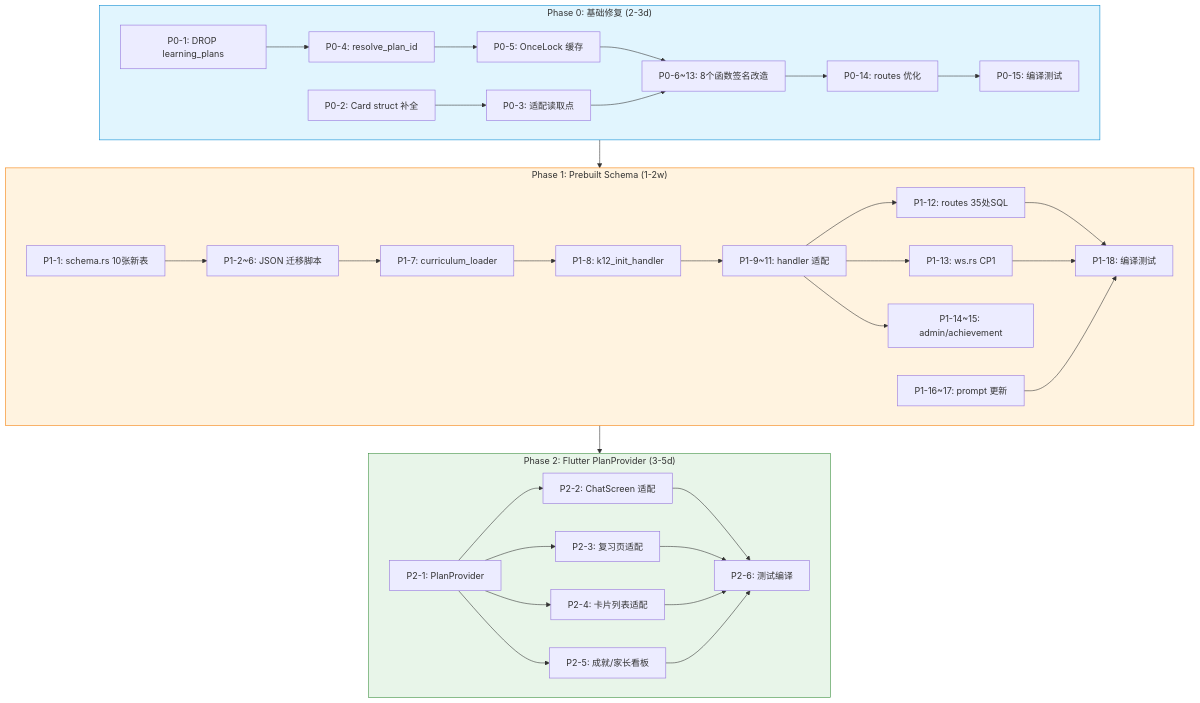
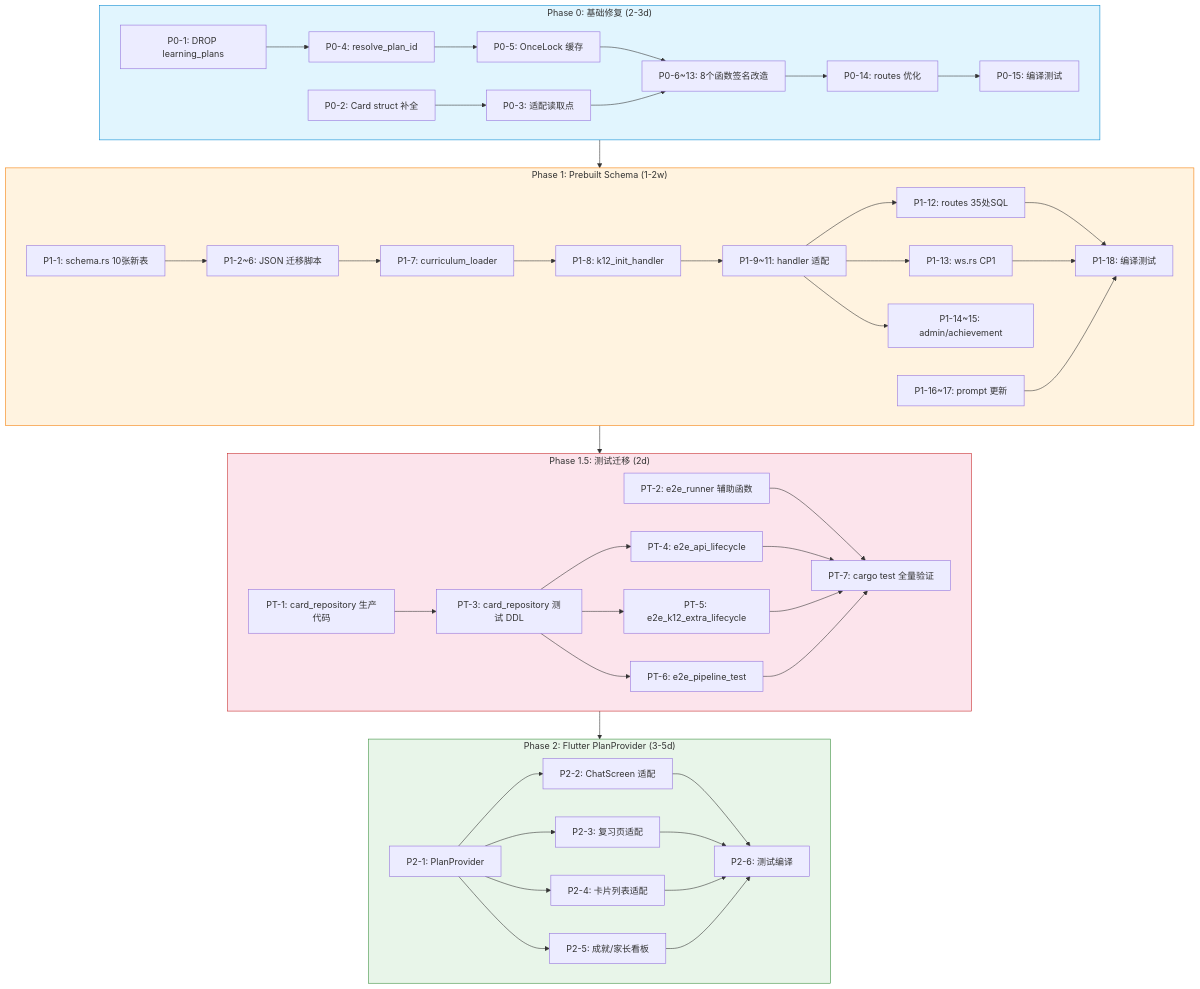
The diagram in deliverables/software-company/plan-system/plan-system-design.md (Big-Pi100/CoEvo), drawn with Mermaid before and after one commit. The commit also changed other lines of this file and 27 other files, not shown here.

````diff
--- a/deliverables/software-company/plan-system/plan-system-design.md
+++ b/deliverables/software-company/plan-system/plan-system-design.md
@@ -204,61 +223,78 @@
 ```mermaid
 flowchart TD
     subgraph Phase0["Phase 0: 基础修复 (2-3d)"]
         P0_1["P0-1: DROP learning_plans"]
         P0_2["P0-2: Card struct 补全"]
         P0_3["P0-3: 适配读取点"]
         P0_4["P0-4: resolve_plan_id"]
         P0_5["P0-5: OnceLock 缓存"]
         P0_6["P0-6~13: 8个函数签名改造"]
         P0_14["P0-14: routes 优化"]
         P0_15["P0-15: 编译测试"]
         
         P0_1 --> P0_4
         P0_2 --> P0_3
         P0_4 --> P0_5 --> P0_6
         P0_3 --> P0_6
         P0_6 --> P0_14 --> P0_15
     end
     
     subgraph Phase1["Phase 1: Prebuilt Schema (1-2w)"]
         P1_1["P1-1: schema.rs 10张新表"]
         P1_2["P1-2~6: JSON 迁移脚本"]
         P1_7["P1-7: curriculum_loader"]
         P1_8["P1-8: k12_init_handler"]
         P1_9["P1-9~11: handler 适配"]
         P1_12["P1-12: routes 35处SQL"]
         P1_13["P1-13: ws.rs CP1"]
         P1_14["P1-14~15: admin/achievement"]
         P1_16["P1-16~17: prompt 更新"]
         P1_18["P1-18: 编译测试"]
         
         P1_1 --> P1_2
         P1_2 --> P1_7
         P1_7 --> P1_8 --> P1_9 --> P1_12
         P1_9 --> P1_13
         P1_9 --> P1_14
         P1_12 --> P1_18
         P1_13 --> P1_18
         P1_16 --> P1_18
     end
     
     subgraph Phase2["Phase 2: Flutter PlanProvider (3-5d)"]
         P2_1["P2-1: PlanProvider"]
         P2_2["P2-2: ChatScreen 适配"]
         P2_3["P2-3: 复习页适配"]
         P2_4["P2-4: 卡片列表适配"]
         P2_5["P2-5: 成就/家长看板"]
         P2_6["P2-6: 测试编译"]
         
         P2_1 --> P2_2 --> P2_6
         P2_1 --> P2_3 --> P2_6
         P2_1 --> P2_4 --> P2_6
         P2_1 --> P2_5 --> P2_6
     end
     
-    Phase0 --> Phase1 --> Phase2
+    Phase0 --> Phase1 --> Phase1_5 --> Phase2
+
+    subgraph Phase1_5["Phase 1.5: 测试迁移 (2d)"]
+        PT1["PT-1: card_repository 生产代码"]
+        PT2["PT-2: e2e_runner 辅助函数"]
+        PT3["PT-3: card_repository 测试 DDL"]
+        PT4["PT-4: e2e_api_lifecycle"]
+        PT5["PT-5: e2e_k12_extra_lifecycle"]
+        PT6["PT-6: e2e_pipeline_test"]
+        PT7["PT-7: cargo test 全量验证"]
+        
+        PT1 --> PT3
+        PT2 --> PT7
+        PT3 --> PT4 --> PT7
+        PT3 --> PT5 --> PT7
+        PT3 --> PT6 --> PT7
+    end
     
     style Phase0 fill:#e1f5fe,stroke:#0288d1
     style Phase1 fill:#fff3e0,stroke:#f57c00
+    style Phase1_5 fill:#fce4ec,stroke:#c62828
     style Phase2 fill:#e8f5e9,stroke:#388e3c
 ```
````
